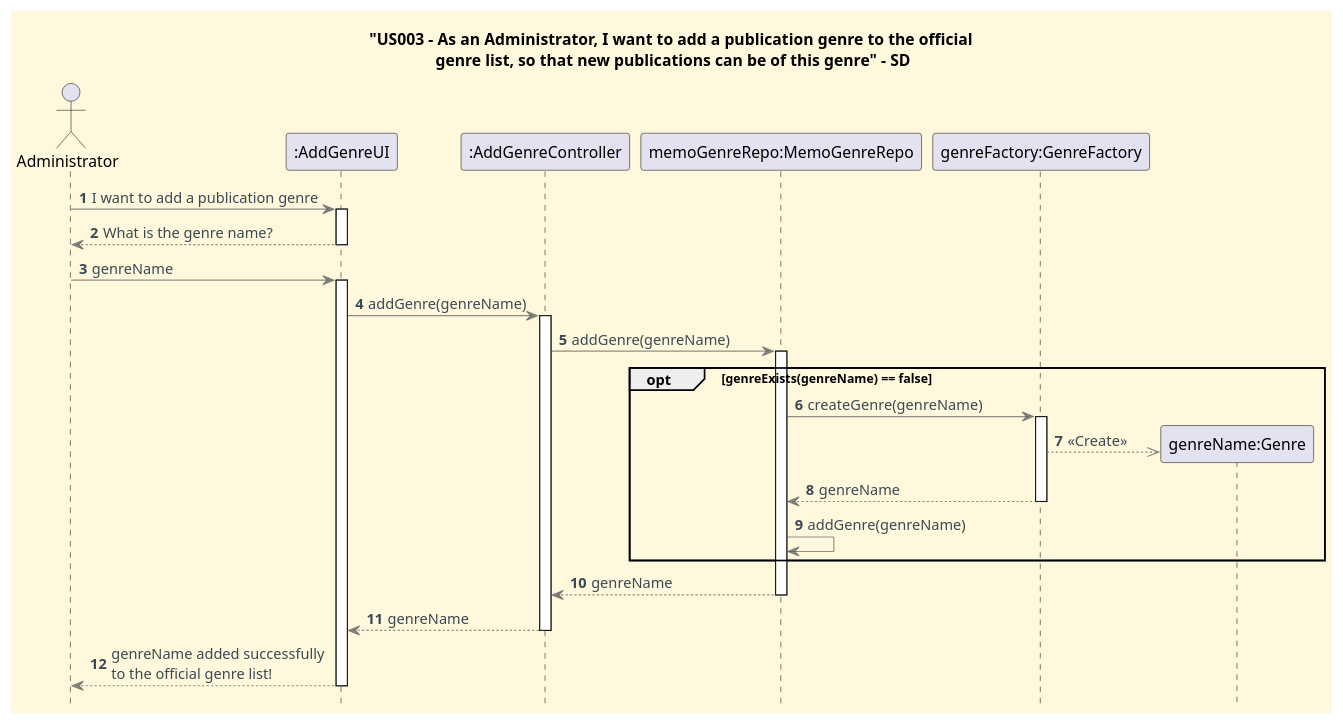
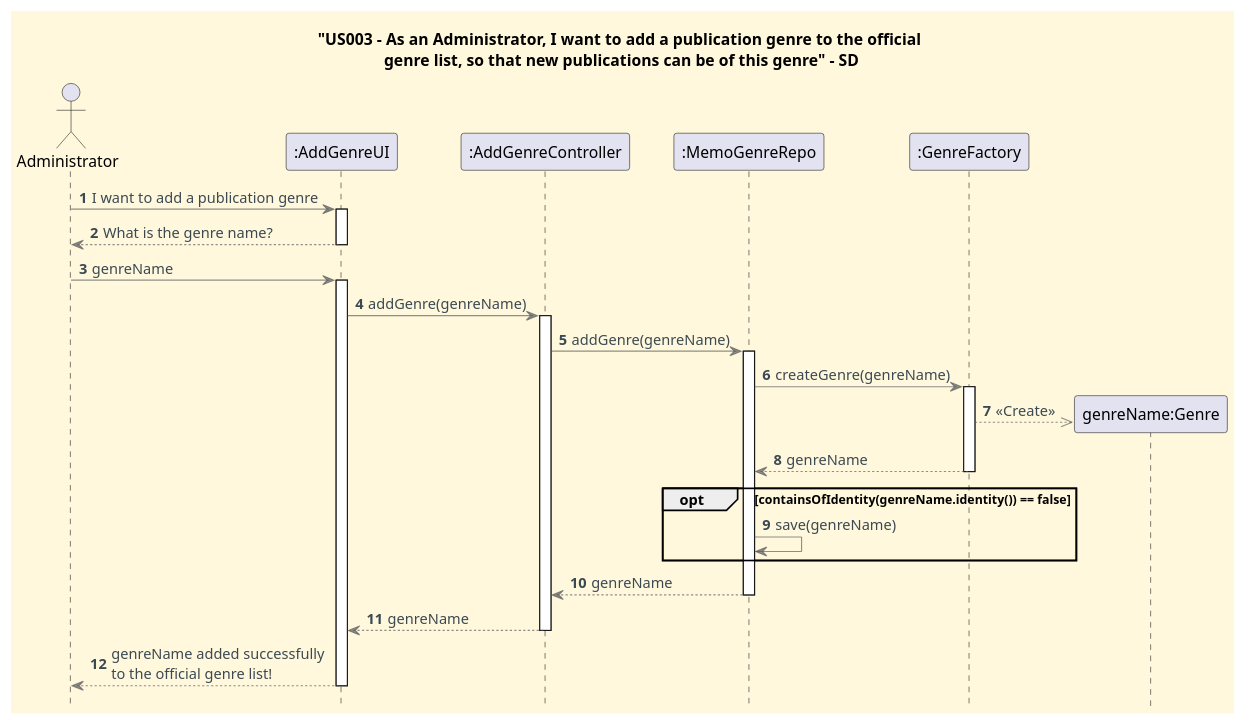
Before and after one commit to CarolinaLeite-collab/JavaMarketplacePlatform: the diagram in docs/user-stories/US003/US003_add_genre_SD.puml, drawn with PlantUML. The commit also changed 1 other file, not shown here.

```diff
--- a/docs/user-stories/US003/US003_add_genre_SD.puml
+++ b/docs/user-stories/US003/US003_add_genre_SD.puml
@@ -1,58 +1,60 @@
-@startuml
+    @startuml
 
-title "US003 - As an Administrator, I want to add a publication genre to the official \ngenre list, so that new publications can be of this genre" - SD
+    title "US003 - As an Administrator, I want to add a publication genre to the official \ngenre list, so that new publications can be of this genre" - SD
 
-'==== basic style ====
-skinparam monochrome false
-skinparam shadowing false
-skinparam defaultFontName Futura
-skinparam objectFontSize 20
-skinparam backgroundColor CornSilk
-skinparam objectBackgroundColor WhiteSmoke
-skinparam noteBackgroundColor #FFFFE0
-skinparam ArrowFontColor #3B4953
-skinparam ArrowColor #57595BAA
-skinparam ActivationBackgroundColor WhiteSmoke
-hide footbox
+    '==== basic style ====
+    skinparam monochrome false
+    skinparam shadowing false
+    skinparam defaultFontName Futura
+    skinparam objectFontSize 20
+    skinparam backgroundColor CornSilk
+    skinparam objectBackgroundColor WhiteSmoke
+    skinparam noteBackgroundColor #FFFFE0
+    skinparam ArrowFontColor #3B4953
+    skinparam ArrowColor #57595BAA
+    skinparam ActivationBackgroundColor WhiteSmoke
+    hide footbox
 
-autonumber
+    autonumber
 
-actor Administrator
-participant ":AddGenreUI" as UI
-participant ":AddGenreController" as Ctl
-participant "memoGenreRepo:MemoGenreRepo" as gr
-participant "genreFactory:GenreFactory" as gf
+    actor Administrator
+    participant ":AddGenreUI" as UI
+    participant ":AddGenreController" as Ctl
+    participant ":MemoGenreRepo" as gr
+    participant ":GenreFactory" as gf
 
-Administrator -> UI: I want to add a publication genre
-activate UI
-UI --> Administrator: What is the genre name?
-deactivate UI
-Administrator -> UI: genreName
-activate UI
+    Administrator -> UI: I want to add a publication genre
+    activate UI
+    UI --> Administrator: What is the genre name?
+    deactivate UI
+    Administrator -> UI: genreName
+    activate UI
 
-UI -> Ctl: addGenre(genreName)
-activate Ctl
-Ctl -> gr: addGenre(genreName)
-activate gr
+    UI -> Ctl: addGenre(genreName)
+    activate Ctl
+    Ctl -> gr: addGenre(genreName)
+    activate gr
 
-opt genreExists(genreName) == false
-        gr -> gf : createGenre(genreName)
-        activate gf
-        create "genreName:Genre"
-        gf -->> "genreName:Genre": <<Create>>
-        gf --> gr : genreName
-        deactivate gf
-        gr -> gr: addGenre(genreName)
-end
+    gr -> gf : createGenre(genreName)
+    activate gf
+    create "genreName:Genre"
+    gf -->> "genreName:Genre": <<Create>>
+
+    gf --> gr : genreName
+    deactivate gf
+
+    opt containsOfIdentity(genreName.identity()) == false
+            gr -> gr: save(genreName)
+    end
 
 
-gr --> Ctl: genreName
-deactivate gr
+    gr --> Ctl: genreName
+    deactivate gr
 
-Ctl --> UI: genreName
-deactivate Ctl
+    Ctl --> UI: genreName
+    deactivate Ctl
 
-UI --> Administrator: genreName added successfully \nto the official genre list!
-deactivate UI
+    UI --> Administrator: genreName added successfully \nto the official genre list!
+    deactivate UI
 
-@enduml
+    @enduml
```
